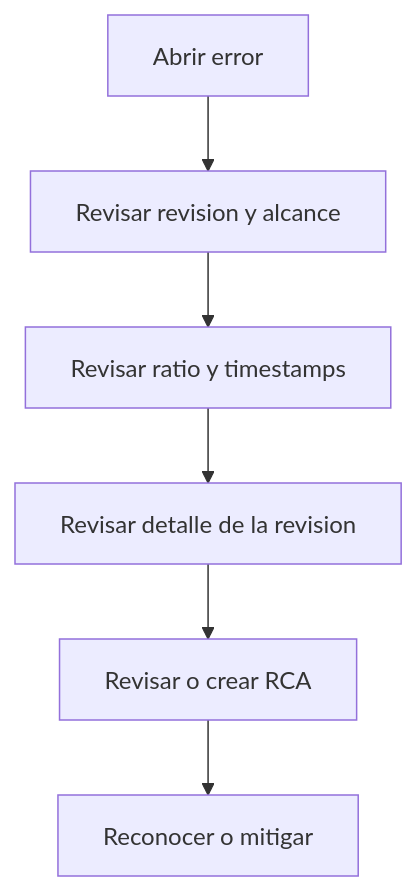
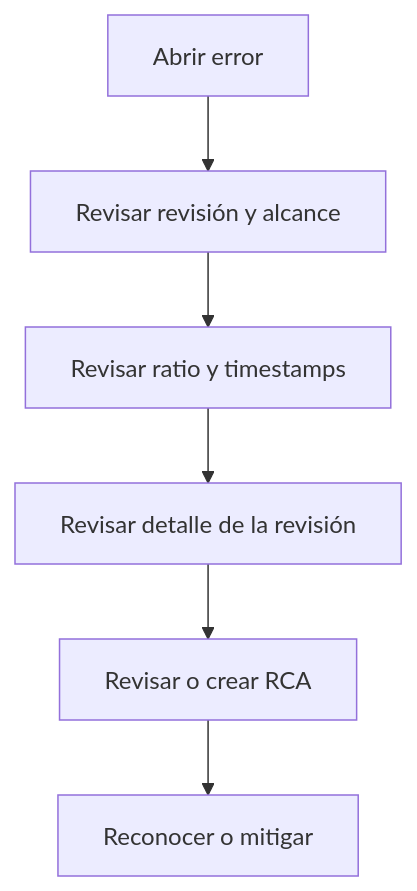
The second of 2 diagrams in src/content/docs/es/incidents/index.md (Moonin-Lab/Moonin-Docs), drawn with Mermaid before and after one commit. The commit also changed other lines of this file and 84 other files, not shown here.

````diff
--- a/src/content/docs/es/incidents/index.md
+++ b/src/content/docs/es/incidents/index.md
@@ -96,11 +96,11 @@
 ```mermaid
 flowchart TD
     A[Abrir error]
-    B[Revisar revision y alcance]
+    B[Revisar revisión y alcance]
     C[Revisar ratio y timestamps]
-    D[Revisar detalle de la revision]
+    D[Revisar detalle de la revisión]
     E[Revisar o crear RCA]
     F[Reconocer o mitigar]
 
     A --> B --> C --> D --> E --> F
 ```
````
